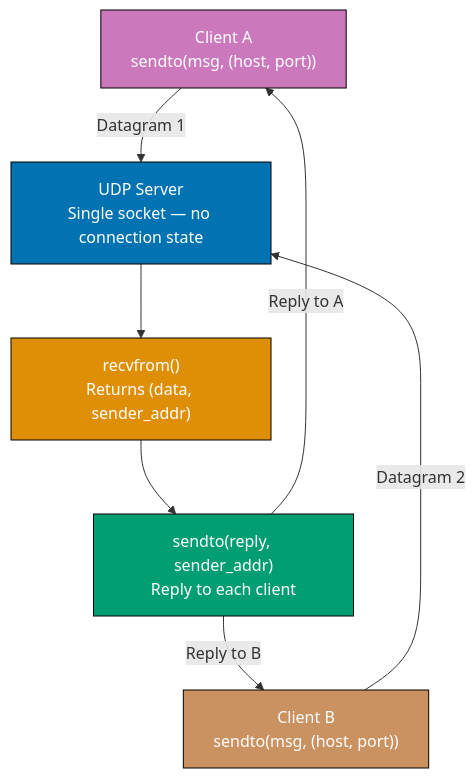
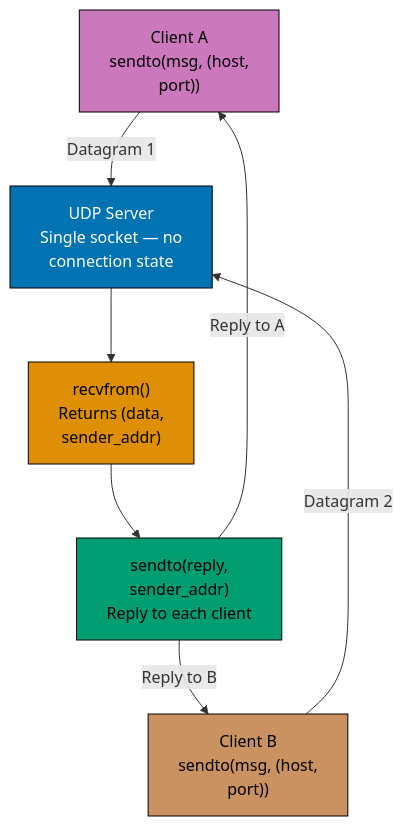
The seventh of 8 diagrams in apps/ayokoding-www/content/en/learn/legacy/software-engineering/networking/by-example/beginner.md (wahidyankf/ose-public), drawn with Mermaid before and after one commit. The commit also changed other lines of this file and 78 other files, not shown here.

First line of the commit message:
fix(mermaid): bring the remaining legacy software-engineering diagrams onto the accessible palette

````diff
--- a/apps/ayokoding-www/content/en/learn/legacy/software-engineering/networking/by-example/beginner.md
+++ b/apps/ayokoding-www/content/en/learn/legacy/software-engineering/networking/by-example/beginner.md
@@ -1237,22 +1272,30 @@
 ```mermaid
 %% Color Palette: Blue #0173B2, Orange #DE8F05, Teal #029E73, Purple #CC78BC, Brown #CA9161
 graph TD
-    C1["Client A<br/>sendto(msg, (host, port))"]
-    C2["Client B<br/>sendto(msg, (host, port))"]
-    S["UDP Server<br/>Single socket — no connection state"]
-    R["recvfrom()<br/>Returns (data, sender_addr)"]
-    T["sendto(reply, sender_addr)<br/>Reply to each client"]
+    accTitle: Example 17: Socket Programming — UDP Server and Client
+    accDescr: Graph with 5 nodes and 6 connections. Nodes: Client A sendto(msg, (host, port)), Client B sendto(msg, (host, port)), UDP Server Single socket — no connection state, recvfrom() Returns (data, sender_addr), sendto(reply, sender_addr) Reply to each client. Connections: Client A sendto(msg, (host, port)) to UDP Server Single socket — no connection state (Datagram 1), Client B sendto(msg, (host, port)) to UDP Server Single socket — no connection state (Datagram 2), UDP Server Single socket — no connection state to recvfrom() Returns (data, sender_addr), recvfrom() Returns (data, sender_addr) to sendto(reply, sender_addr) Reply to each client, sendto(reply, sender_addr) Reply to each client to Client A sendto(msg, (host, port)) (Reply to A), sendto(reply, sender_addr) Reply to each client to Client B sendto(msg, (host, port)) (Reply to B).
+    C1["Client A<br/>sendto(msg, (host,<br/>port))"]
+    C2["Client B<br/>sendto(msg, (host,<br/>port))"]
+    S["UDP Server<br/>Single socket — no<br/>connection state"]
+    R["recvfrom()<br/>Returns (data,<br/>sender_addr)"]
+    T["sendto(reply,<br/>sender_addr)<br/>Reply to each client"]
 
     C1 -->|"Datagram 1"| S
     C2 -->|"Datagram 2"| S
     S --> R
     R --> T
     T -->|"Reply to A"| C1
     T -->|"Reply to B"| C2
 
-    style S fill:#0173B2,stroke:#000,color:#fff
-    style R fill:#DE8F05,stroke:#000,color:#fff
-    style T fill:#029E73,stroke:#000,color:#fff
-    style C1 fill:#CC78BC,stroke:#000,color:#fff
-    style C2 fill:#CA9161,stroke:#000,color:#fff
+    classDef pal-0173B2 fill:#0173B2,stroke:#000000,color:#FFFFFF
+    class S pal-0173B2
+    classDef pal-DE8F05 fill:#DE8F05,stroke:#000000,color:#000000
+    class R pal-DE8F05
+    classDef pal-029E73 fill:#029E73,stroke:#000000,color:#000000
+    class T pal-029E73
+    classDef pal-CC78BC fill:#CC78BC,stroke:#000000,color:#000000
+    class C1 pal-CC78BC
+    classDef pal-CA9161 fill:#CA9161,stroke:#000000,color:#000000
+    class C2 pal-CA9161
+    classDef default fill:#FFFFFF,stroke:#000000,color:#000000
 ```
````
